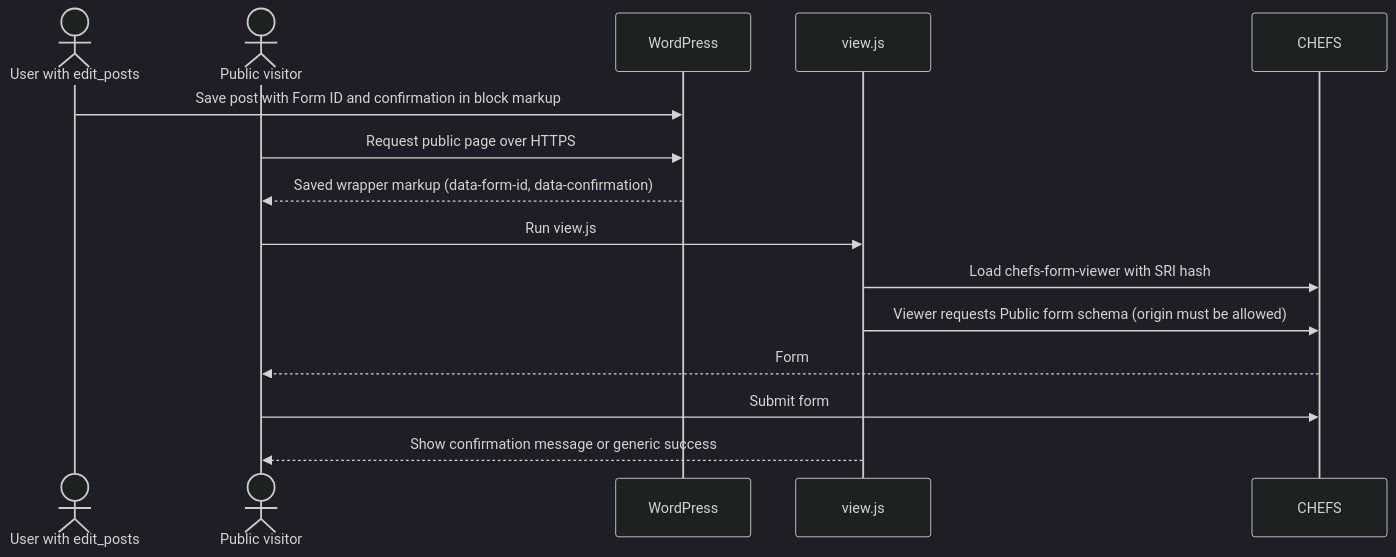
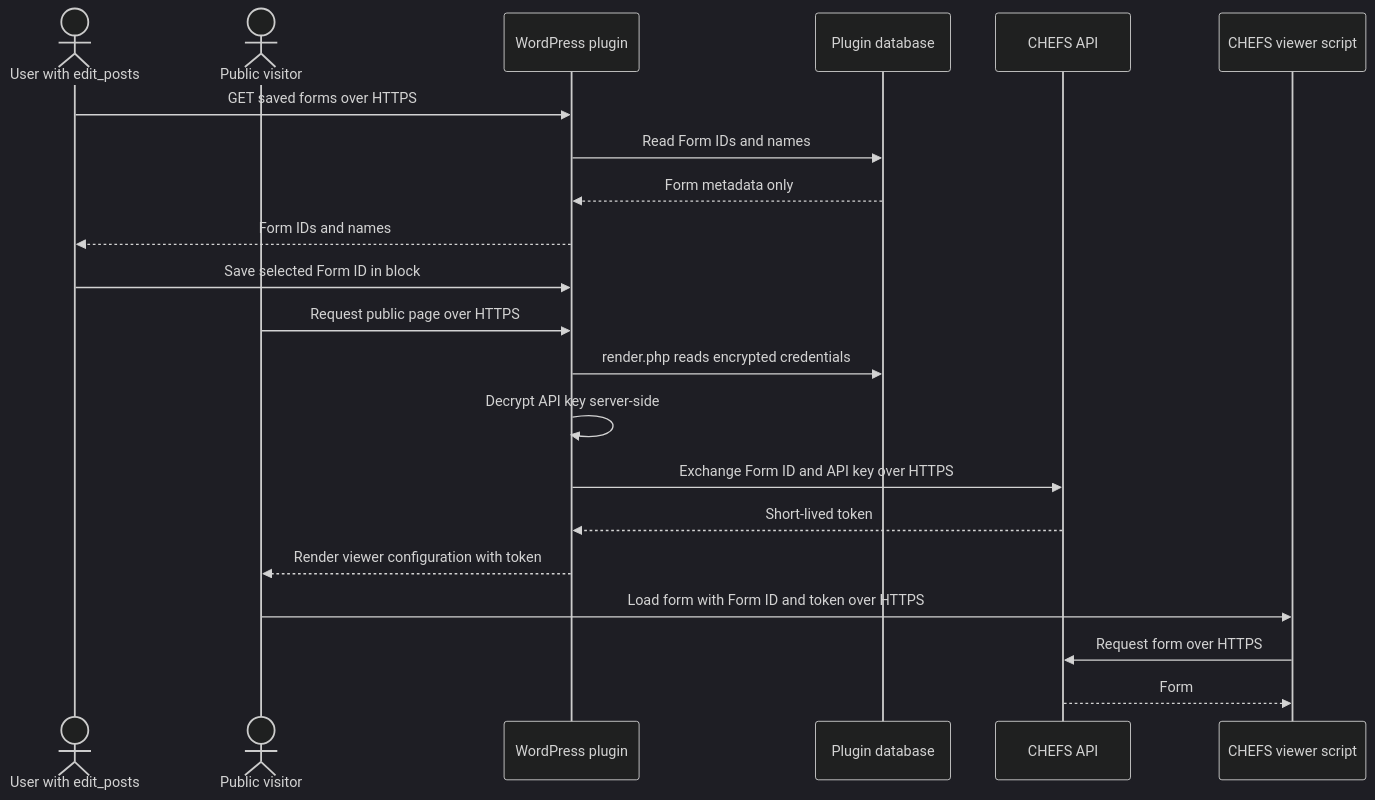
One commit to bcgov/bcew-monorepo changed the diagram in plugins/bcew-chefs-embed/docs/developer/block-architecture.md. Above: the diagram before and after it, drawn with Mermaid (dark theme). The commit also changed other lines of this file and 11 other files, not shown here.

````diff
--- a/plugins/bcew-chefs-embed/docs/developer/block-architecture.md
+++ b/plugins/bcew-chefs-embed/docs/developer/block-architecture.md
@@ -32,18 +29,25 @@
 ```mermaid
 sequenceDiagram
     actor Editor as User with edit_posts
     actor Visitor as Public visitor
-    participant WP as WordPress
-    participant Script as view.js
-    participant CHEFS as CHEFS
+    participant WP as WordPress plugin
+    participant DB as Plugin database
+    participant CHEFS as CHEFS API
+    participant Viewer as CHEFS viewer script
 
-    Editor->>WP: Save post with Form ID and confirmation in block markup
+    Editor->>WP: GET saved forms over HTTPS
+    WP->>DB: Read Form IDs and names
+    DB-->>WP: Form metadata only
+    WP-->>Editor: Form IDs and names
+    Editor->>WP: Save selected Form ID in block
+
     Visitor->>WP: Request public page over HTTPS
-    WP-->>Visitor: Saved wrapper markup (data-form-id, data-confirmation)
-    Visitor->>Script: Run view.js
-    Script->>CHEFS: Load chefs-form-viewer with SRI hash
-    Script->>CHEFS: Viewer requests Public form schema (origin must be allowed)
-    CHEFS-->>Visitor: Form
-    Visitor->>CHEFS: Submit form
-    Script-->>Visitor: Show confirmation message or generic success
+    WP->>DB: render.php reads encrypted credentials
+    WP->>WP: Decrypt API key server-side
+    WP->>CHEFS: Exchange Form ID and API key over HTTPS
+    CHEFS-->>WP: Short-lived token
+    WP-->>Visitor: Render viewer configuration with token
+    Visitor->>Viewer: Load form with Form ID and token over HTTPS
+    Viewer->>CHEFS: Request form over HTTPS
+    CHEFS-->>Viewer: Form
 ```
````
